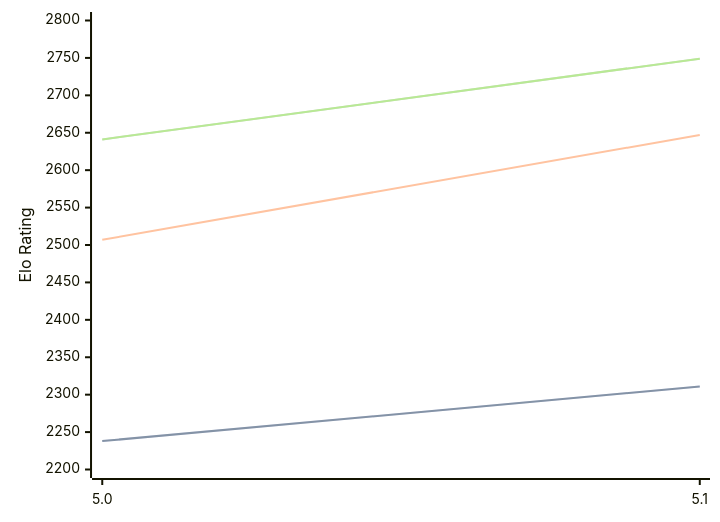
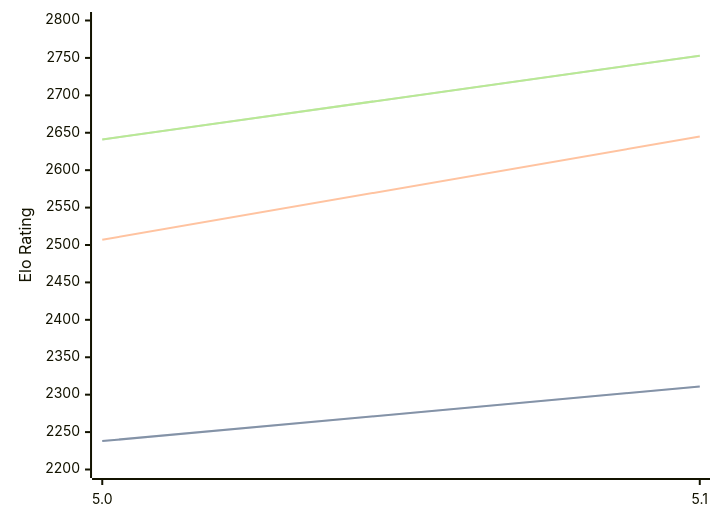
Before and after one commit to computer-chess-index/cci: the diagram in engines/Dorky.md, drawn with Mermaid. The commit also changed other lines of this file, not shown here.

Commit message:
Update CCI Ratings (ELO VLTC) - 2026-09-03

````diff
--- a/engines/Dorky.md
+++ b/engines/Dorky.md
@@ -32,11 +32,11 @@
 ```mermaid
 %%{init: {"theme":"base","themeVariables":{"seriesColors:['#a3a3a3','#222221','#faa371']}}}%%
 xychart-beta
   x-axis ["5.0", "5.1"]
   y-axis "Elo Rating" 2200 --> 2800
   line "" [2238, 2311]
   line "STC (8.0+0.08s)" [2238, 2311]
-  line "LTC (60.0+0.60s)" [2507, 2647]
-  line "" [2641, 2749]
-  line "VLTC (2m24s+1.12s)" [2641, 2749]
+  line "LTC (60.0+0.60s)" [2507, 2645]
+  line "" [2641, 2753]
+  line "VLTC (2m24s+1.12s)" [2641, 2753]
 ```
````
